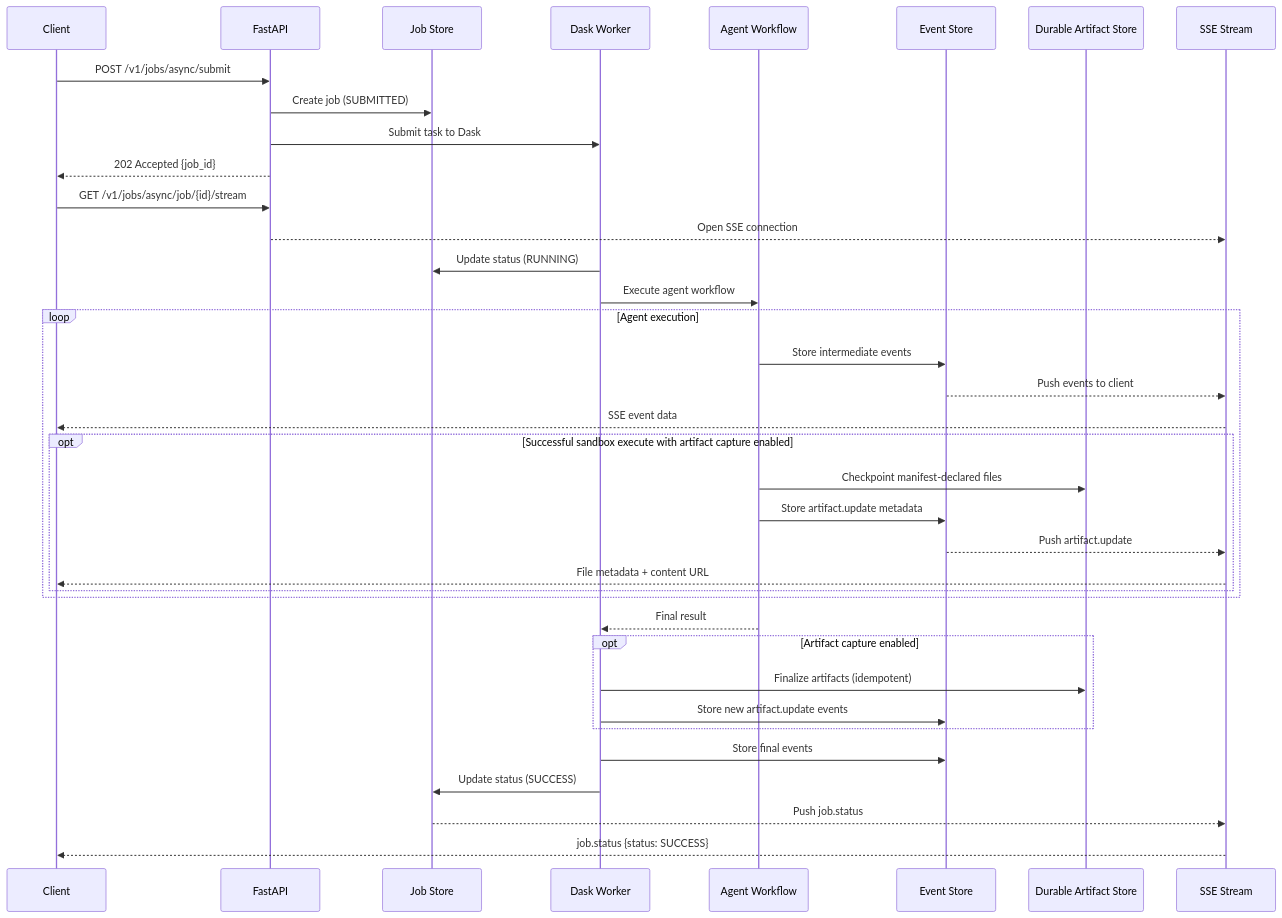
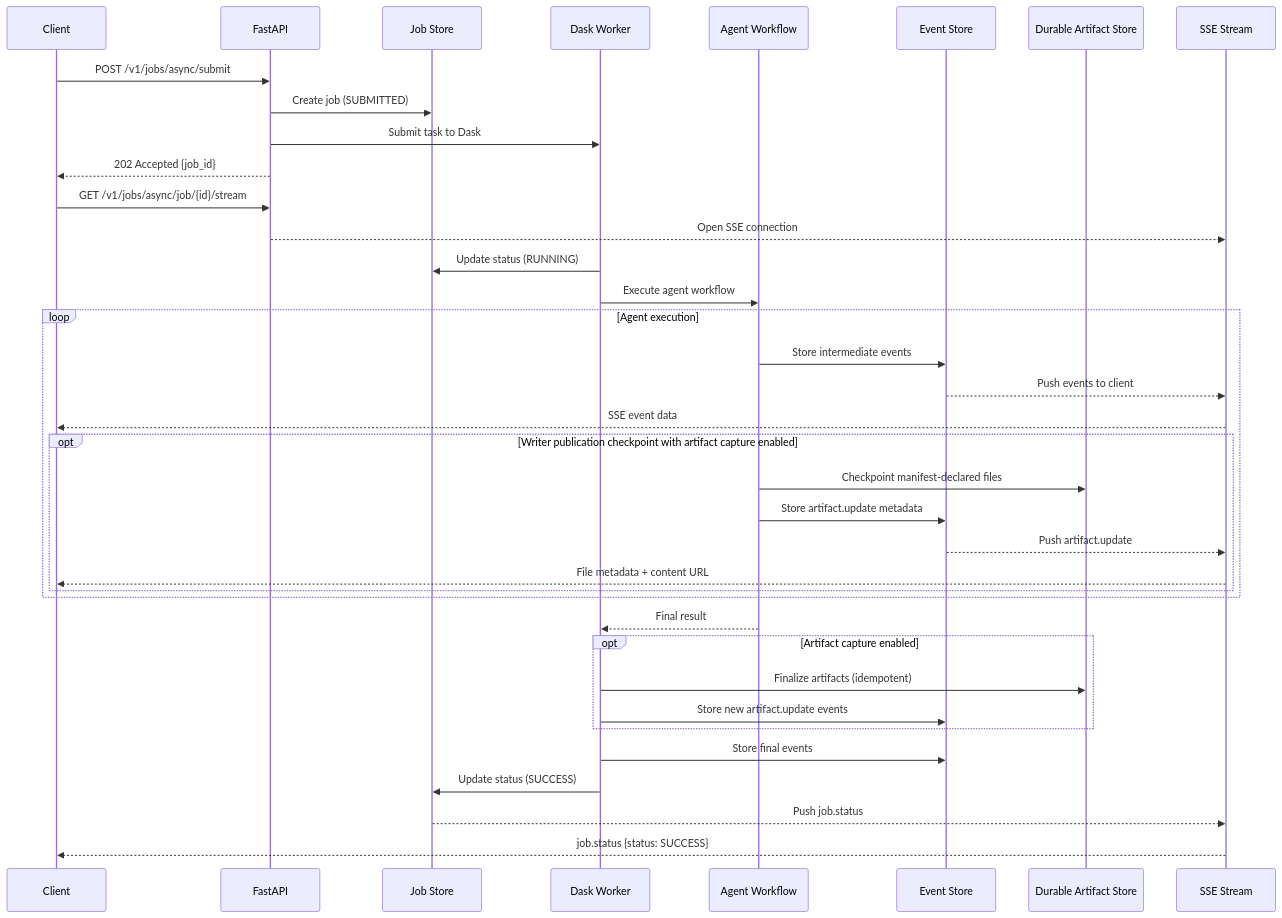
Before and after one commit to KyleZheng1284/aiq-research-assistant-kyle-fork: the first of 3 diagrams in docs/source/architecture/data-flow.md, drawn with Mermaid. The commit also changed other lines of this file and 39 other files, not shown here.

````diff
--- a/docs/source/architecture/data-flow.md
+++ b/docs/source/architecture/data-flow.md
@@ -18,44 +18,44 @@
 ```mermaid
 sequenceDiagram
     participant C as Client
     participant API as FastAPI
     participant JS as Job Store
     participant D as Dask Worker
     participant A as Agent Workflow
     participant ES as Event Store
     participant AS as Durable Artifact Store
     participant SSE as SSE Stream
 
     C->>API: POST /v1/jobs/async/submit
     API->>JS: Create job (SUBMITTED)
     API->>D: Submit task to Dask
     API-->>C: 202 Accepted {job_id}
 
     C->>API: GET /v1/jobs/async/job/{id}/stream
     API-->>SSE: Open SSE connection
 
     D->>JS: Update status (RUNNING)
     D->>A: Execute agent workflow
 
     loop Agent execution
         A->>ES: Store intermediate events
         ES-->>SSE: Push events to client
         SSE-->>C: SSE event data
-        opt Successful sandbox execute with artifact capture enabled
+        opt Writer publication checkpoint with artifact capture enabled
             A->>AS: Checkpoint manifest-declared files
             A->>ES: Store artifact.update metadata
             ES-->>SSE: Push artifact.update
             SSE-->>C: File metadata + content URL
         end
     end
 
     A-->>D: Final result
     opt Artifact capture enabled
         D->>AS: Finalize artifacts (idempotent)
         D->>ES: Store new artifact.update events
     end
     D->>ES: Store final events
     D->>JS: Update status (SUCCESS)
     JS-->>SSE: Push job.status
     SSE-->>C: job.status {status: SUCCESS}
 ```
````
